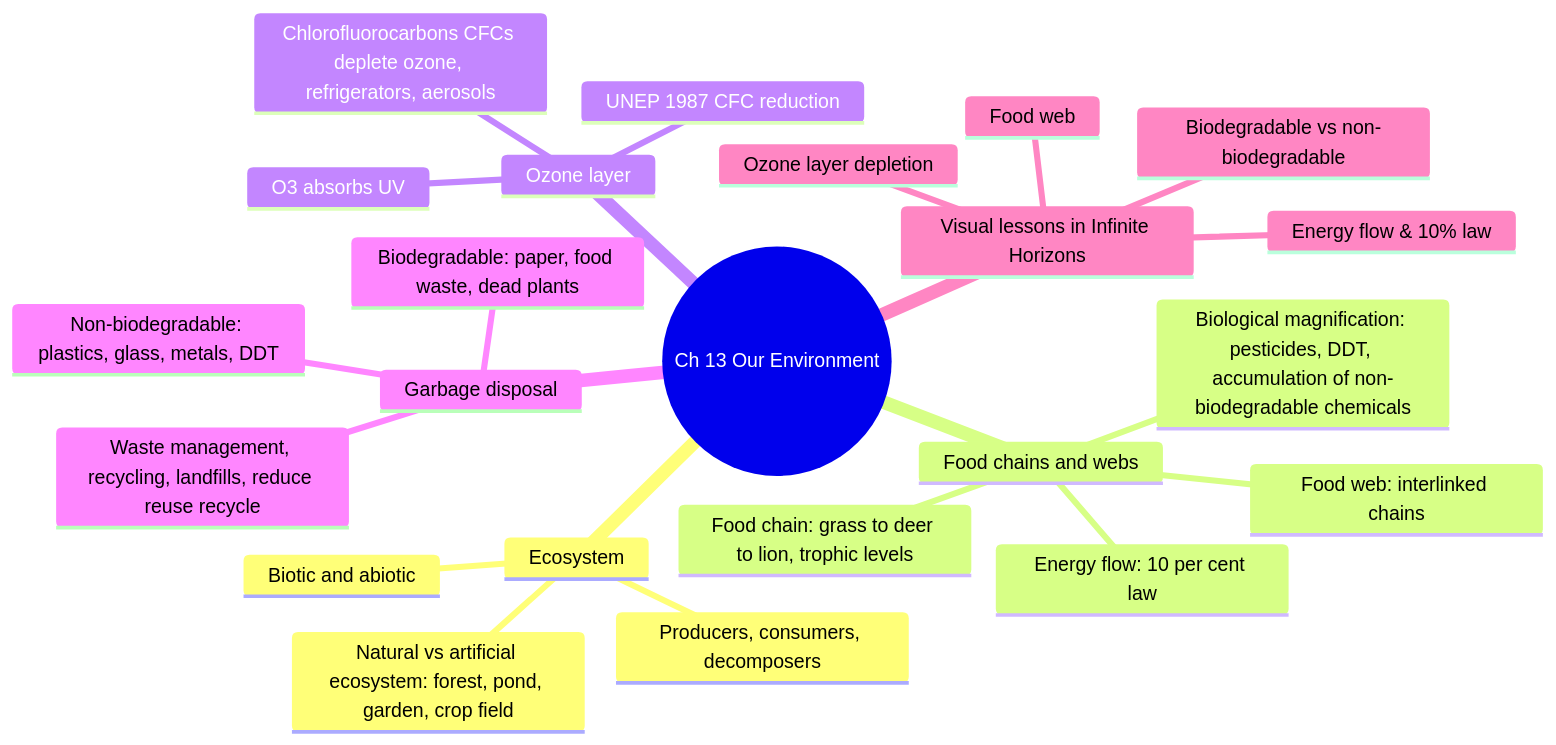
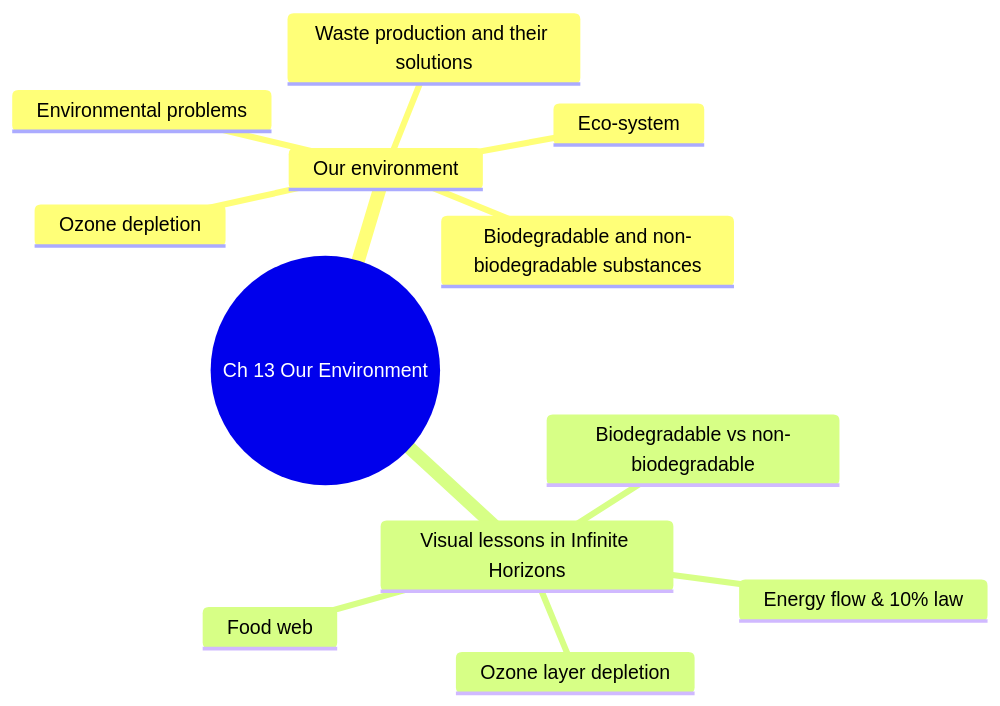
Before and after one commit to anveshix/ifinite-horizon: diagram 25 of 25 in docs/CHAPTER_MINDMAPS.md, drawn with Mermaid. The commit also changed other lines of this file and 22 other files, not shown here.

First line of the commit message:
fix(mindmap): rebuild Class X deep maps from the CBSE 2026-27 PDF; correct formative-only scope (Evolution, Motor/EMI/Generator only); add PDF-derived inventory

````diff
--- a/docs/CHAPTER_MINDMAPS.md
+++ b/docs/CHAPTER_MINDMAPS.md
@@ -1011,26 +842,15 @@
 ```mermaid
 mindmap
   root((Ch 13 Our Environment))
-    Ecosystem
-      Biotic and abiotic
-      Producers, consumers, decomposers
-      Natural vs artificial ecosystem: forest, pond, garden, crop field
-    Food chains and webs
-      Food chain: grass to deer to lion, trophic levels
-      Food web: interlinked chains
-      Energy flow: 10 per cent law
-      Biological magnification: pesticides, DDT, accumulation of non-biodegradable chemicals
-    Ozone layer
-      O3 absorbs UV
-      Chlorofluorocarbons CFCs deplete ozone, refrigerators, aerosols
-      UNEP 1987 CFC reduction
-    Garbage disposal
-      Biodegradable: paper, food waste, dead plants
-      Non-biodegradable: plastics, glass, metals, DDT
-      Waste management, recycling, landfills, reduce reuse recycle
+    Our environment
+      Eco-system
+      Environmental problems
+      Ozone depletion
+      Waste production and their solutions
+      Biodegradable and non-biodegradable substances
     Visual lessons in Infinite Horizons
       Energy flow & 10% law
       Food web
       Ozone layer depletion
       Biodegradable vs non-biodegradable
 ```
````
